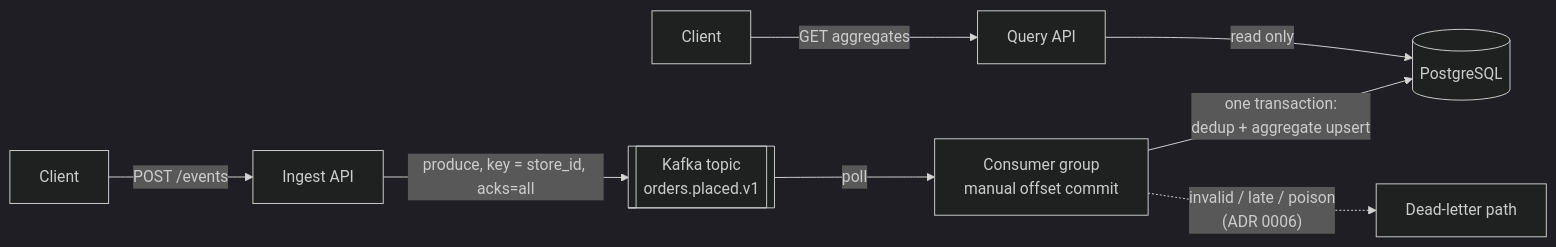
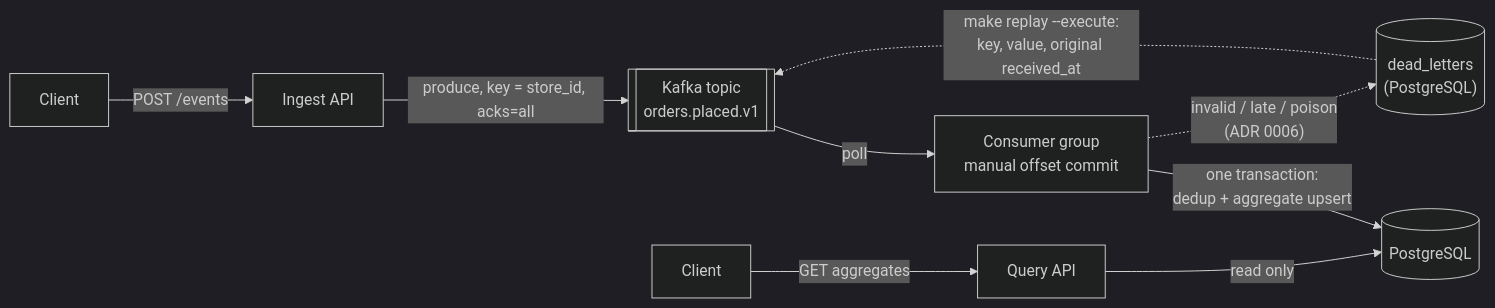
One commit to felzov/realtime-event-processing-system changed the first of 2 diagrams in docs/architecture.md. Above: the diagram before and after it, drawn with Mermaid (dark theme). The commit also changed other lines of this file and 2 other files, not shown here.

First line of the commit message:
Document replay in README, architecture and ADR 0006

````diff
--- a/docs/architecture.md
+++ b/docs/architecture.md
@@ -12,10 +12,11 @@
 ```mermaid
 flowchart LR
     Client[Client] -->|"POST /events"| API[Ingest API]
     API -->|"produce, key = store_id, acks=all"| Topic[["Kafka topic<br/>orders.placed.v1"]]
     Topic -->|poll| Consumer[Consumer group<br/>manual offset commit]
     Consumer -->|"one transaction:<br/>dedup + aggregate upsert"| PG[(PostgreSQL)]
-    Consumer -.->|"invalid / late / poison<br/>(ADR 0006)"| DLQ[Dead-letter path]
+    Consumer -.->|"invalid / late / poison<br/>(ADR 0006)"| DLQ[("dead_letters<br/>(PostgreSQL)")]
+    DLQ -.->|"make replay --execute:<br/>key, value, original received_at"| Topic
     Reader[Client] -->|"GET aggregates"| Query[Query API]
     Query -->|read only| PG
 ```
````
